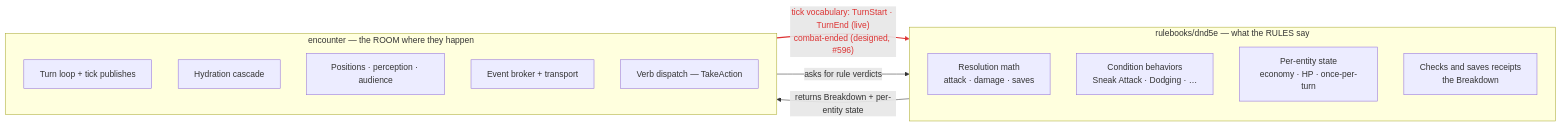
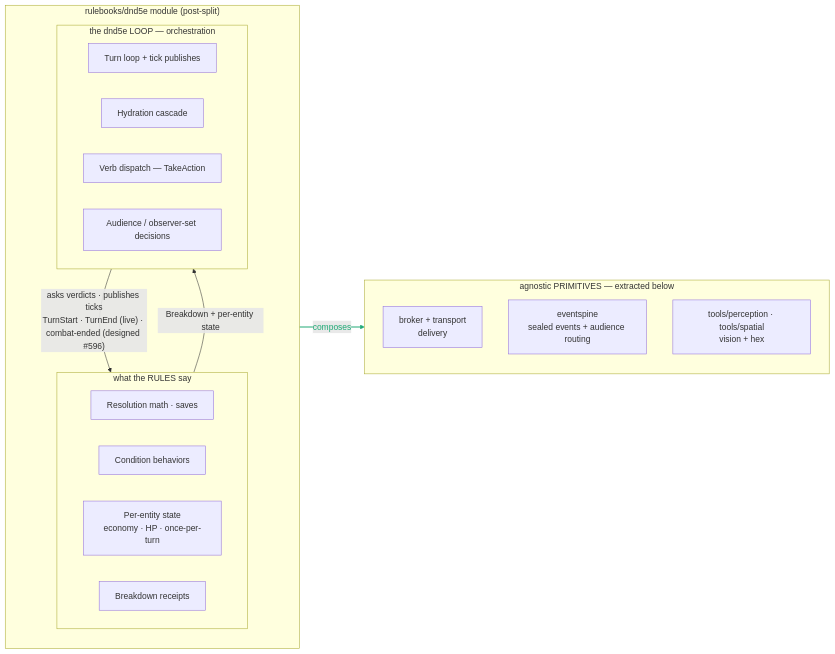
The second of 2 diagrams in docs/architecture/overview.md (KirkDiggler/rpg-toolkit), drawn with Mermaid before and after one commit. The commit also changed other lines of this file and 1 other file, not shown here.

First line of the commit message:
docs(adr): amend ADR-0034 — the decision is a SPLIT (encounter loop into rulebook, agnostic layers become primitives) (#732)

````diff
--- a/docs/architecture/overview.md
+++ b/docs/architecture/overview.md
@@ -124,23 +143,29 @@
 ```mermaid
 flowchart LR
-  subgraph RBOX["rulebooks/dnd5e — what the RULES say"]
+  subgraph MOD["rulebooks/dnd5e module (post-split)"]
     direction TB
-    R1["Resolution math<br/>attack · damage · saves"]
-    R2["Condition behaviors<br/>Sneak Attack · Dodging · …"]
-    R3["Per-entity state<br/>economy · HP · once-per-turn"]
-    R4["Checks and saves receipts<br/>the Breakdown"]
+    subgraph RULES["what the RULES say"]
+      R1["Resolution math · saves"]
+      R2["Condition behaviors"]
+      R3["Per-entity state<br/>economy · HP · once-per-turn"]
+      R4["Breakdown receipts"]
+    end
+    subgraph LOOP["the dnd5e LOOP — orchestration"]
+      E1["Turn loop + tick publishes"]
+      E2["Hydration cascade"]
+      E3["Verb dispatch — TakeAction"]
+      E4["Audience / observer-set decisions"]
+    end
+    LOOP -->|"asks verdicts · publishes ticks<br/>TurnStart · TurnEnd (live) · combat-ended (designed #596)"| RULES
+    RULES -->|"Breakdown + per-entity state"| LOOP
   end
-  subgraph EBOX["encounter — the ROOM where they happen"]
+  subgraph PRIM["agnostic PRIMITIVES — extracted below"]
     direction TB
-    E1["Turn loop + tick publishes"]
-    E2["Hydration cascade"]
-    E3["Positions · perception · audience"]
-    E4["Event broker + transport"]
-    E5["Verb dispatch — TakeAction"]
+    P1["broker + transport<br/>delivery"]
+    P2["eventspine<br/>sealed events + audience routing"]
+    P3["tools/perception · tools/spatial<br/>vision + hex"]
   end
-  EBOX ==>|"tick vocabulary: TurnStart · TurnEnd (live)<br/>combat-ended (designed, #596)"| RBOX
-  EBOX -->|"asks for rule verdicts"| RBOX
-  RBOX -->|"returns Breakdown + per-entity state"| EBOX
+  LOOP ==>|"composes"| PRIM
 
-  linkStyle 0 stroke:#d33,stroke-width:2px,color:#d33
+  linkStyle 2 stroke:#2a7,stroke-width:2px,color:#2a7
 ```
````
